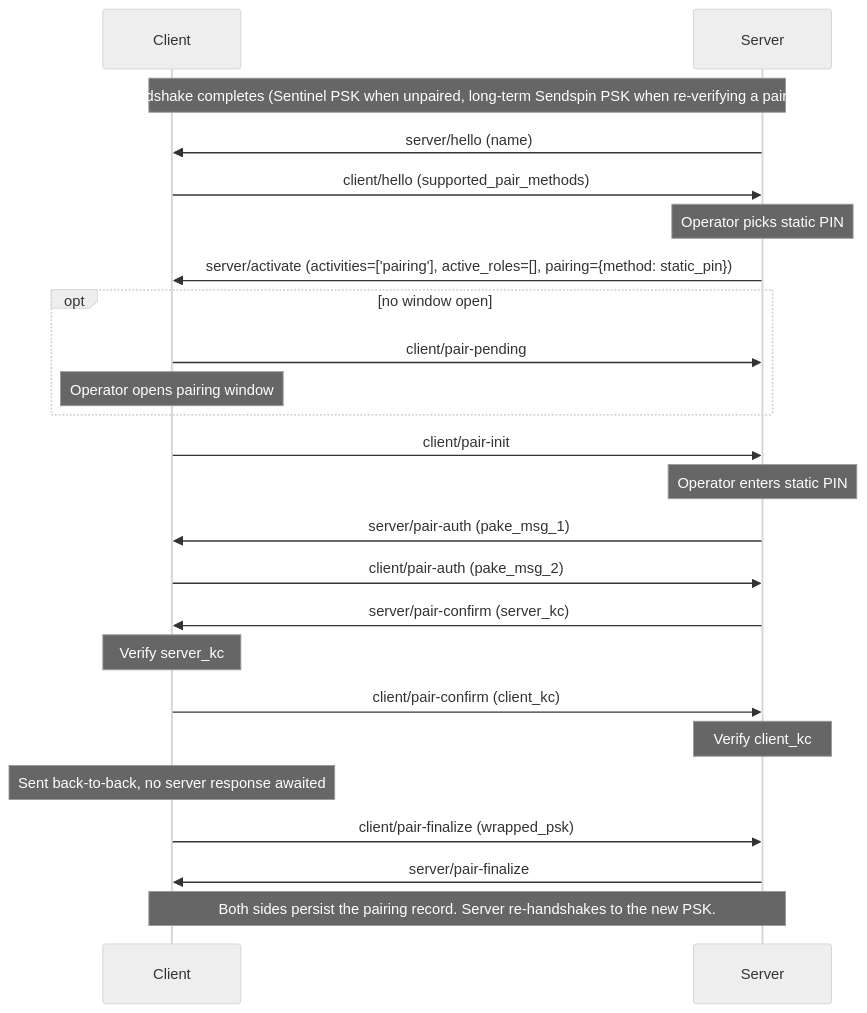
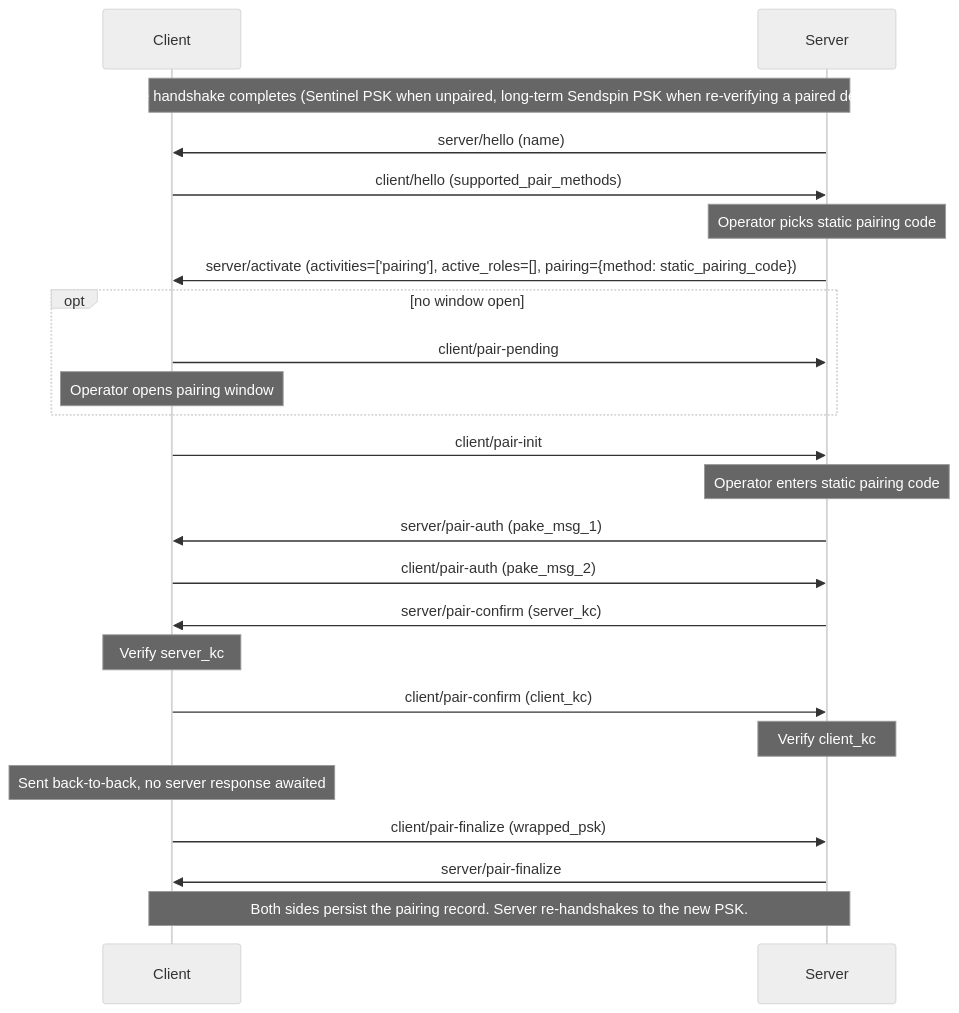
Before and after one commit to Resonate-Protocol/spec: the fourth of 4 diagrams in README.md, drawn with Mermaid (neutral theme). The commit also changed other lines of this file and 4 other files, not shown here.

First line of the commit message:
refactor: rename pairing PIN terminology to Pairing Code

````diff
--- a/README.md
+++ b/README.md
@@ -916,28 +916,28 @@
 ```mermaid
 sequenceDiagram
     participant Client
     participant Server
 
     Note over Client,Server: Noise handshake completes (Sentinel PSK when unpaired, long-term Sendspin PSK when re-verifying a paired device)
 
     Server->>Client: server/hello (name)
     Client->>Server: client/hello (supported_pair_methods)
-    Note over Server: Operator picks static PIN
-    Server->>Client: server/activate (activities=['pairing'], active_roles=[], pairing={method: static_pin})
+    Note over Server: Operator picks static pairing code
+    Server->>Client: server/activate (activities=['pairing'], active_roles=[], pairing={method: static_pairing_code})
     opt no window open
         Client->>Server: client/pair-pending
         Note over Client: Operator opens pairing window
     end
     Client->>Server: client/pair-init
-    Note over Server: Operator enters static PIN
+    Note over Server: Operator enters static pairing code
     Server->>Client: server/pair-auth (pake_msg_1)
     Client->>Server: client/pair-auth (pake_msg_2)
     Server->>Client: server/pair-confirm (server_kc)
     Note over Client: Verify server_kc
     Client->>Server: client/pair-confirm (client_kc)
     Note over Server: Verify client_kc
     Note over Client: Sent back-to-back, no server response awaited
     Client->>Server: client/pair-finalize (wrapped_psk)
     Server->>Client: server/pair-finalize
     Note over Client,Server: Both sides persist the pairing record. Server re-handshakes to the new PSK.
 ```
````
